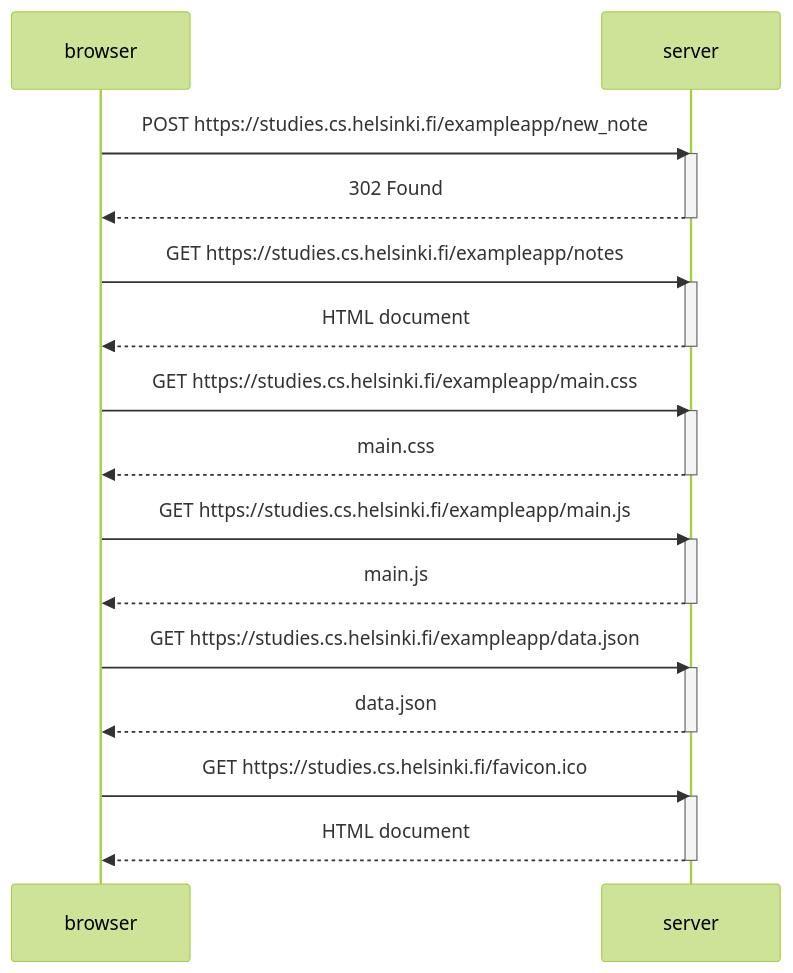
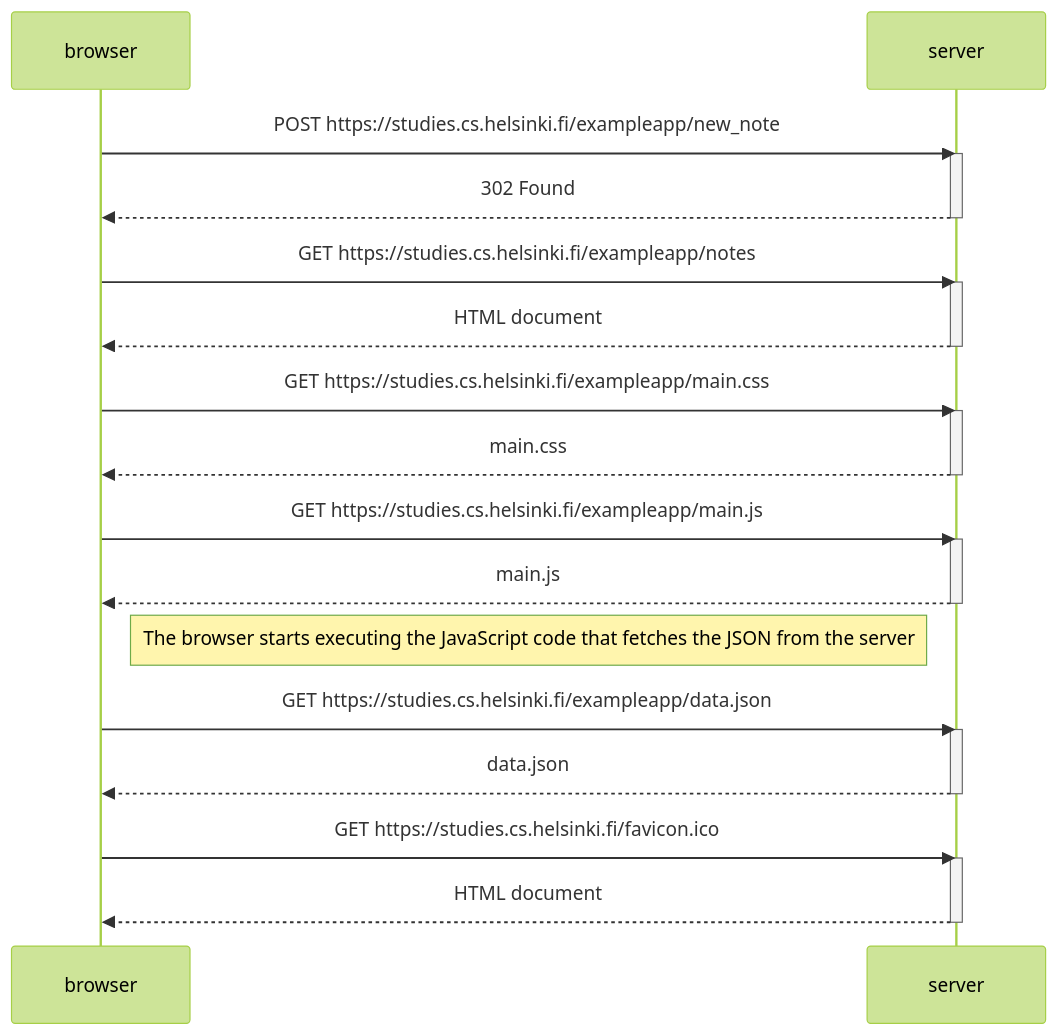
Before and after one commit to joekbullard/helsinki-mooc: the diagram in part0/0.4.md, drawn with Mermaid (forest theme).

````diff
--- a/part0/0.4.md
+++ b/part0/0.4.md
@@ -1,36 +1,38 @@
 ```mermaid
 sequenceDiagram
     participant browser
     participant server
     
     browser->>server: POST https://studies.cs.helsinki.fi/exampleapp/new_note
     activate server
     server-->>browser: 302 Found
     deactivate server
     
     browser->>server: GET https://studies.cs.helsinki.fi/exampleapp/notes
     activate server
     server-->>browser: HTML document
     deactivate server
     
     browser->>server: GET https://studies.cs.helsinki.fi/exampleapp/main.css
     activate server
     server-->>browser: main.css
     deactivate server
 
     browser->>server: GET https://studies.cs.helsinki.fi/exampleapp/main.js
     activate server
     server-->>browser: main.js
     deactivate server
     
+    Note right of browser: The browser starts executing the JavaScript code that fetches the JSON from the server
+    
     browser->>server: GET https://studies.cs.helsinki.fi/exampleapp/data.json
     activate server
     server-->>browser: data.json
     deactivate server
     
     browser->>server: GET https://studies.cs.helsinki.fi/favicon.ico
     activate server
     server-->>browser: HTML document
     deactivate server
 
 ```    
````
